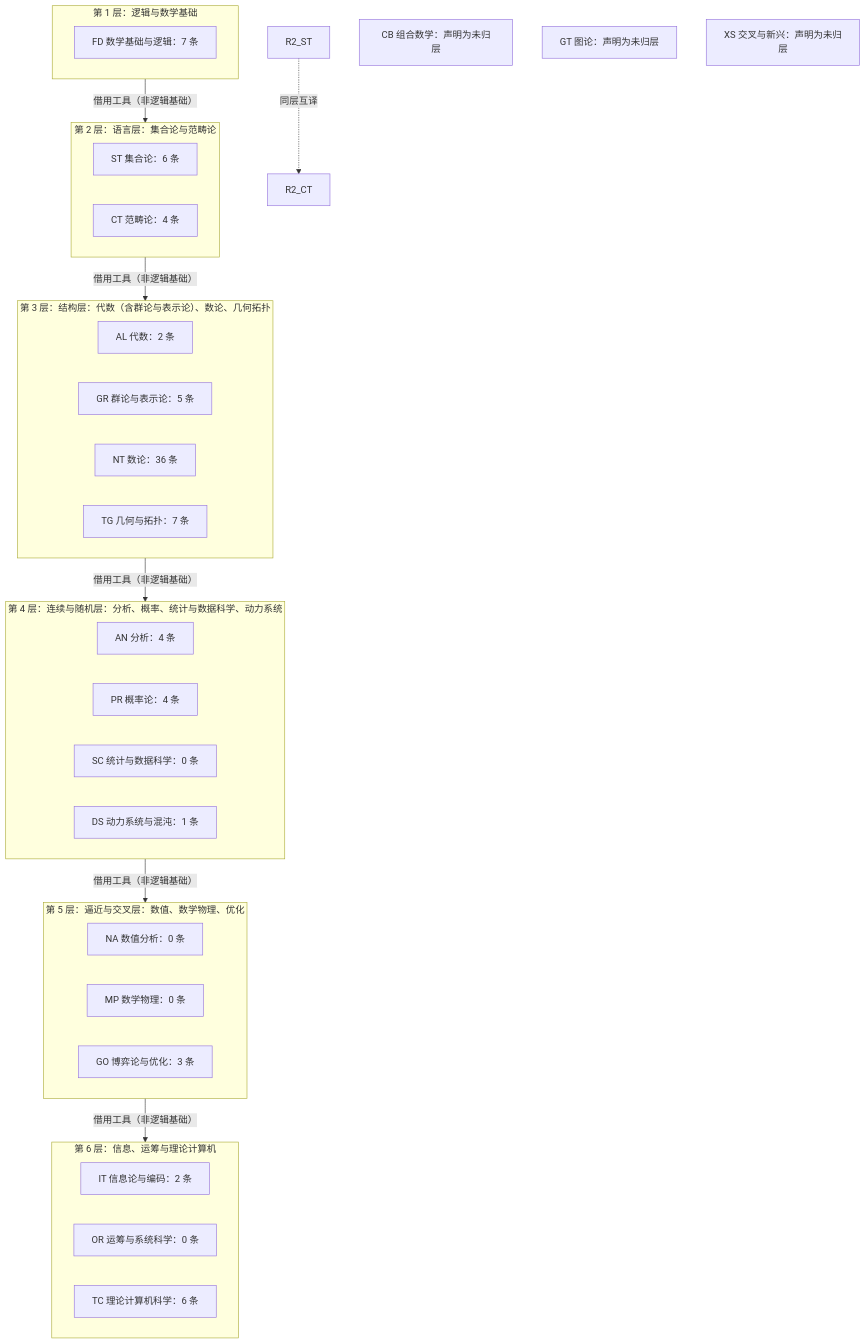
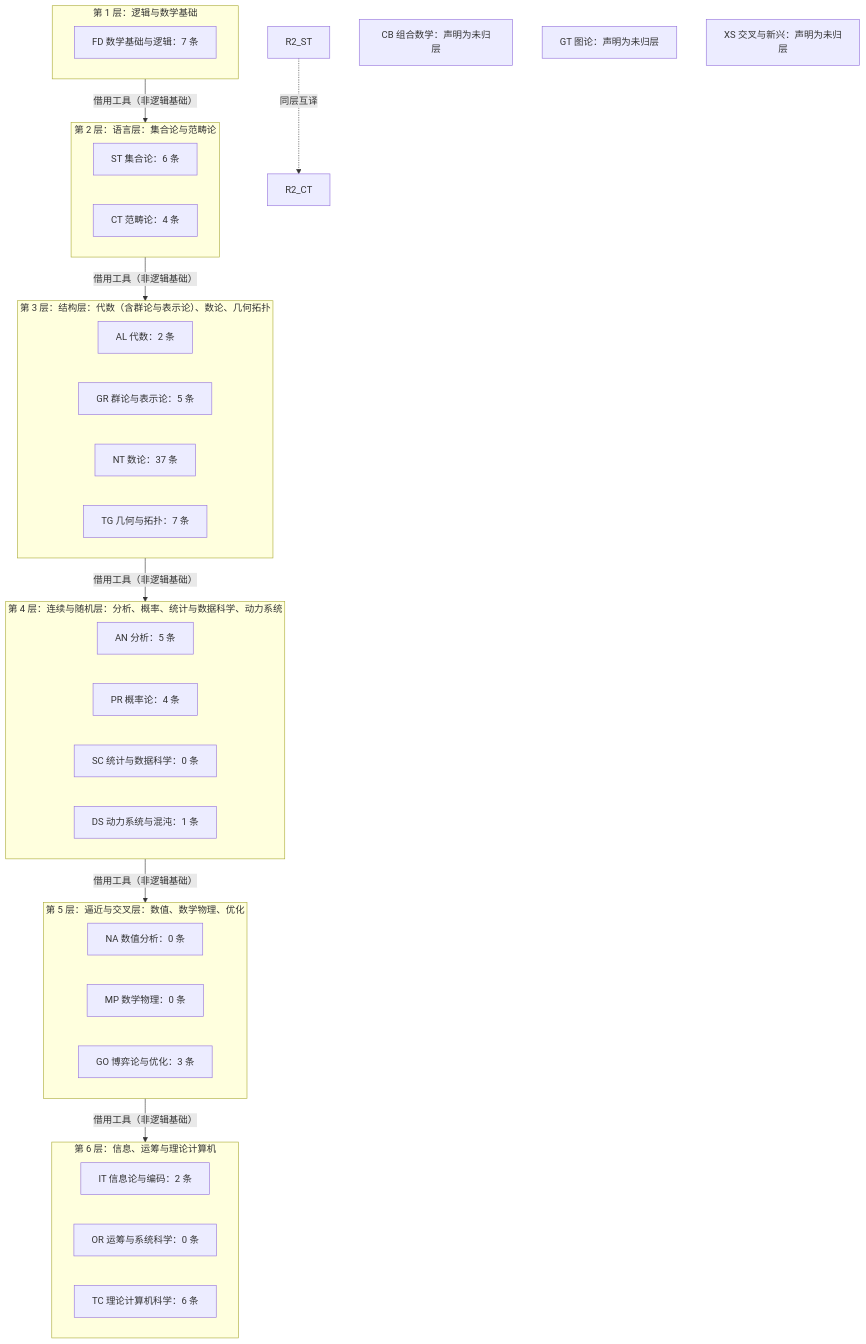
One commit to aikjx/openmath changed the diagram in 10-文献与索引/知识图谱/流程图/01-域依赖.mmd. Above: the diagram before and after it, drawn with Mermaid. The commit also changed 29 other files, not shown here.

```diff
--- a/10-文献与索引/知识图谱/流程图/01-域依赖.mmd
+++ b/10-文献与索引/知识图谱/流程图/01-域依赖.mmd
@@ -1,39 +1,39 @@
 flowchart TB
   subgraph R1[第 1 层：逻辑与数学基础]
     T1_FD["FD 数学基础与逻辑：7 条"]
   end
   subgraph R2[第 2 层：语言层：集合论与范畴论]
     T2_ST["ST 集合论：6 条"]
     T2_CT["CT 范畴论：4 条"]
   end
   R1 -->|"借用工具（非逻辑基础）"| R2
   subgraph R3[第 3 层：结构层：代数（含群论与表示论）、数论、几何拓扑]
     T3_AL["AL 代数：2 条"]
     T3_GR["GR 群论与表示论：5 条"]
-    T3_NT["NT 数论：36 条"]
+    T3_NT["NT 数论：37 条"]
     T3_TG["TG 几何与拓扑：7 条"]
   end
   R2 -->|"借用工具（非逻辑基础）"| R3
   subgraph R4[第 4 层：连续与随机层：分析、概率、统计与数据科学、动力系统]
-    T4_AN["AN 分析：4 条"]
+    T4_AN["AN 分析：5 条"]
     T4_PR["PR 概率论：4 条"]
     T4_SC["SC 统计与数据科学：0 条"]
     T4_DS["DS 动力系统与混沌：1 条"]
   end
   R3 -->|"借用工具（非逻辑基础）"| R4
   subgraph R5[第 5 层：逼近与交叉层：数值、数学物理、优化]
     T5_NA["NA 数值分析：0 条"]
     T5_MP["MP 数学物理：0 条"]
     T5_GO["GO 博弈论与优化：3 条"]
   end
   R4 -->|"借用工具（非逻辑基础）"| R5
   subgraph R6[第 6 层：信息、运筹与理论计算机]
     T6_IT["IT 信息论与编码：2 条"]
     T6_OR["OR 运筹与系统科学：0 条"]
     T6_TC["TC 理论计算机科学：6 条"]
   end
   R5 -->|"借用工具（非逻辑基础）"| R6
   R2_ST -.->|同层互译| R2_CT
   U_CB["CB 组合数学：声明为未归层"]
   U_GT["GT 图论：声明为未归层"]
   U_XS["XS 交叉与新兴：声明为未归层"]
```
